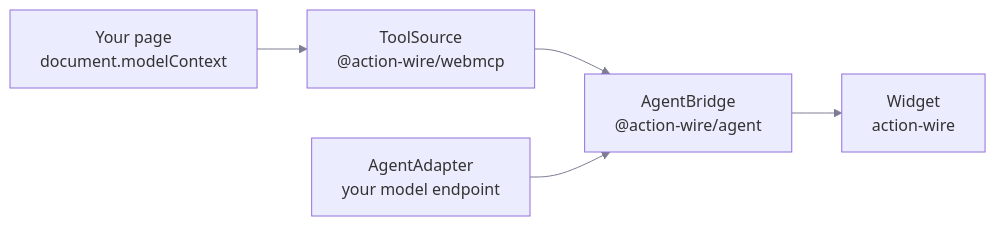
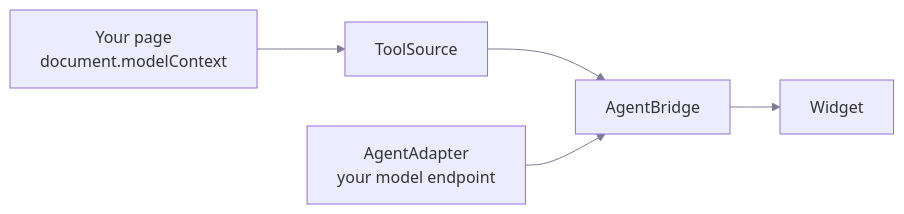
Before and after one commit to hamedniroomand/action-wire: the diagram in docs/2.reference/1.index.md, drawn with Mermaid. The commit also changed other lines of this file and 23 other files, not shown here.

````diff
--- a/docs/2.reference/1.index.md
+++ b/docs/2.reference/1.index.md
@@ -22,8 +34,8 @@
 ```mermaid
 %%{init: {'themeVariables': {'lineColor': '#7c7c93'}}}%%
 flowchart LR
-  app["Your page<br/>document.modelContext"] --> src["ToolSource<br/>@action-wire/webmcp"]
-  src --> bridge["AgentBridge<br/>@action-wire/agent"]
+  app["Your page<br/>document.modelContext"] --> src["ToolSource"]
+  src --> bridge["AgentBridge"]
   model["AgentAdapter<br/>your model endpoint"] --> bridge
-  bridge --> ui["Widget<br/>action-wire"]
+  bridge --> ui["Widget"]
 ```
````
